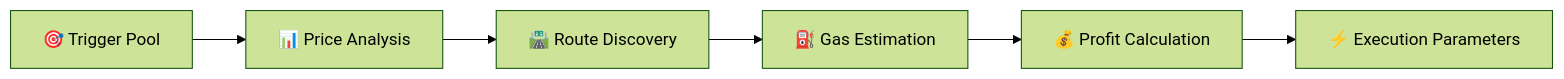
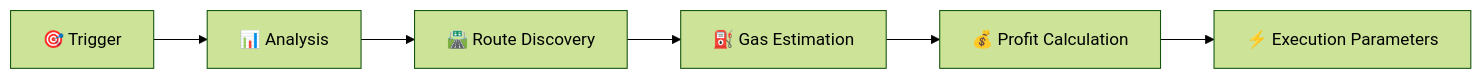
The second of 9 diagrams in website/docs/technical/architecture/overview.md (reflex-mev/reflex), drawn with Mermaid (forest theme) before and after one commit. The commit also changed other lines of this file and 4 other files, not shown here.

````diff
--- a/website/docs/technical/architecture/overview.md
+++ b/website/docs/technical/architecture/overview.md
@@ -122,8 +91,8 @@
 ```mermaid
 graph LR
-    TriggerPool[🎯 Trigger Pool] --> PriceCheck[📊 Price Analysis]
+    TriggerPool[🎯 Trigger] --> PriceCheck[📊 Analysis]
     PriceCheck --> RouteFind[🛣️ Route Discovery]
     RouteFind --> GasEst[⛽ Gas Estimation]
     GasEst --> ProfitCalc[💰 Profit Calculation]
     ProfitCalc --> ExecutionPlan[⚡ Execution Parameters]
 ```
````
